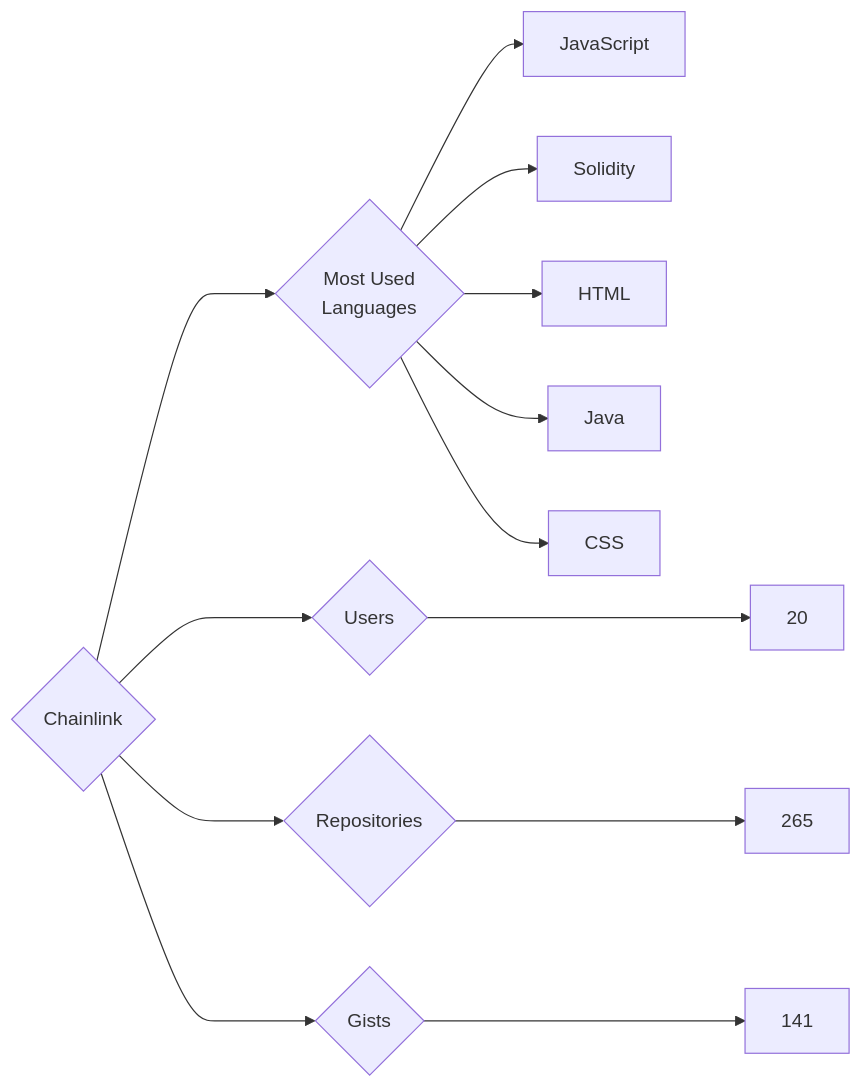
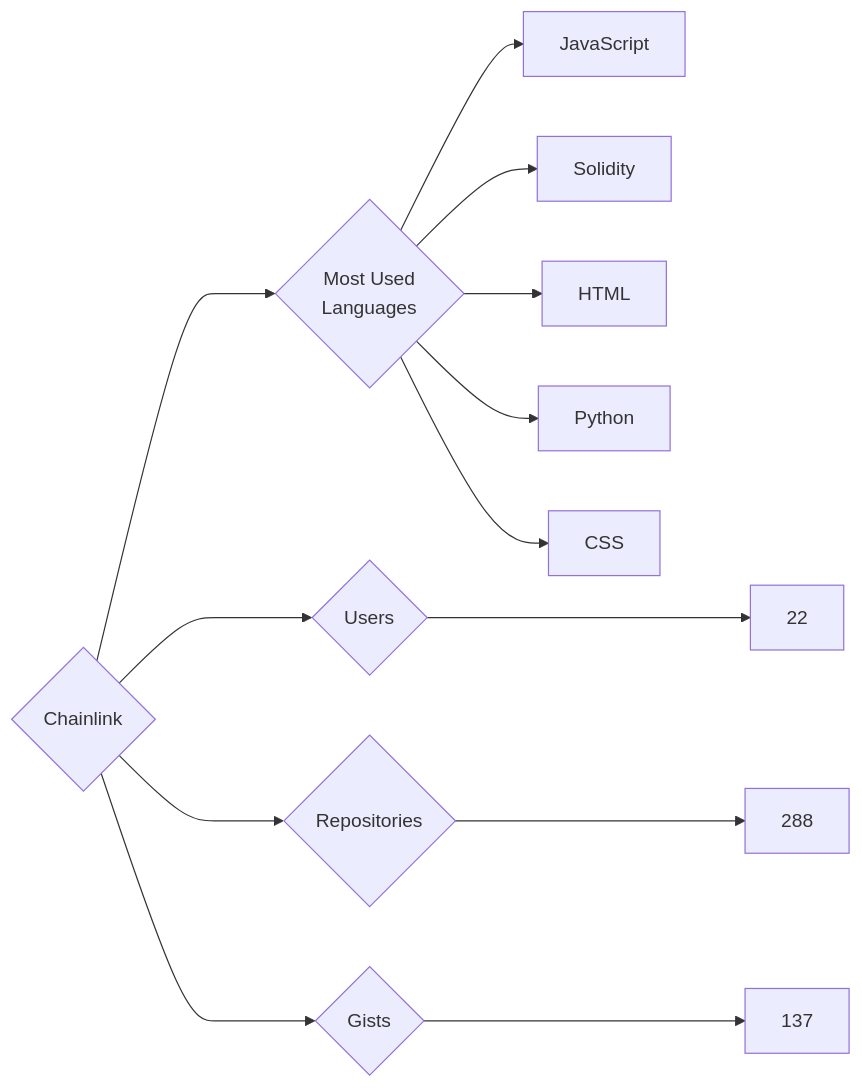
One commit to trickest/insiders changed the diagram in targets/Chainlink/README.md. Above: the diagram before and after it, drawn with Mermaid. The commit also changed 682 other files, not shown here.

````diff
--- a/targets/Chainlink/README.md
+++ b/targets/Chainlink/README.md
@@ -3,13 +3,13 @@
 ```mermaid
 graph LR
 COMPANY_NAME{Chainlink}
-COMPANY_NAME ---> U{Users} ---> UN[20]
-COMPANY_NAME ---> R{Repositories} ---> RN[265]
-COMPANY_NAME ---> G{Gists} ---> GN[141]
+COMPANY_NAME ---> U{Users} ---> UN[22]
+COMPANY_NAME ---> R{Repositories} ---> RN[288]
+COMPANY_NAME ---> G{Gists} ---> GN[137]
 COMPANY_NAME ---> ML{Most Used<br>Languages}
 ML --> JavaScript[JavaScript]
 ML --> Solidity[Solidity]
 ML --> HTML[HTML]
-ML --> Java[Java]
+ML --> Python[Python]
 ML --> CSS[CSS]
 ```
````
